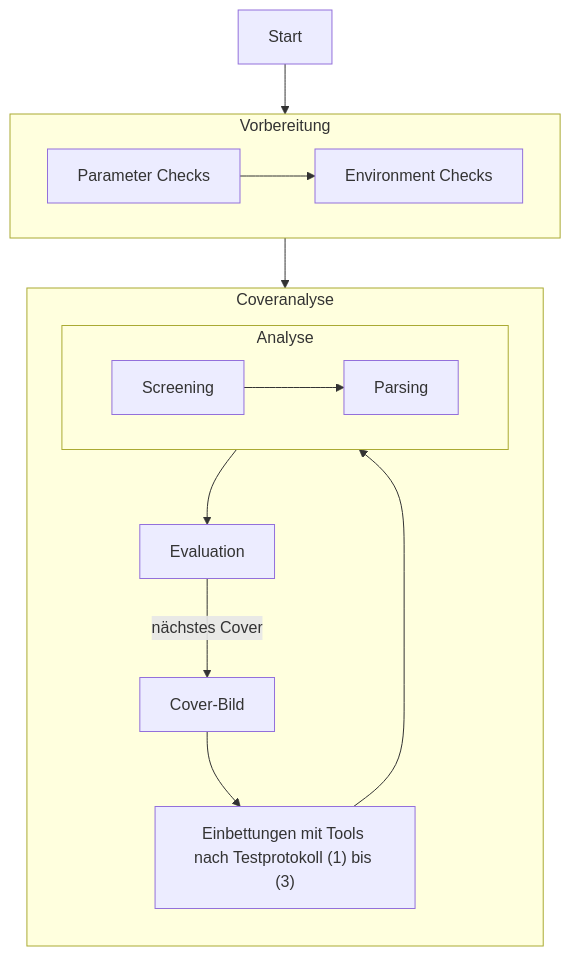
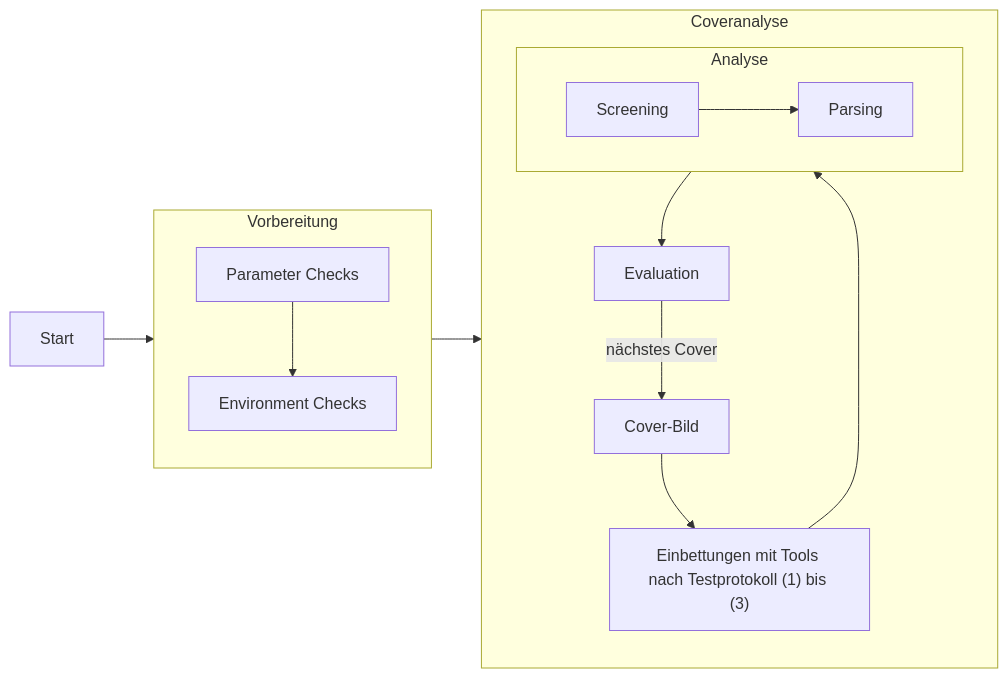
One commit to bh-8/amsl-it-security-projects changed the diagram in SMKITS5/README.md. Above: the diagram before and after it, drawn with Mermaid.

````diff
--- a/SMKITS5/README.md
+++ b/SMKITS5/README.md
@@ -78,28 +78,28 @@
     ```mermaid
-    flowchart TB;
+    flowchart LR;
       start["Start"]
       subgraph Vorbereitung
-        direction LR
+        direction TB
         params["Parameter Checks"]
         env["Environment Checks"]
         params-->env
       end
       subgraph Coveranalyse
         direction TB
         new["Cover-Bild"]
         embed["Einbettungen mit Tools nach Testprotokoll (1) bis (3)"]
         subgraph Analyse
           direction LR
           screening["Screening"]
           parsing["Parsing"]
           screening-->parsing
         end
         eval["Evaluation"]
         new-->embed
         embed-->Analyse
         Analyse-->eval
         eval--nächstes Cover-->new
       end
       start-->params
       env-->new
     ```
````
